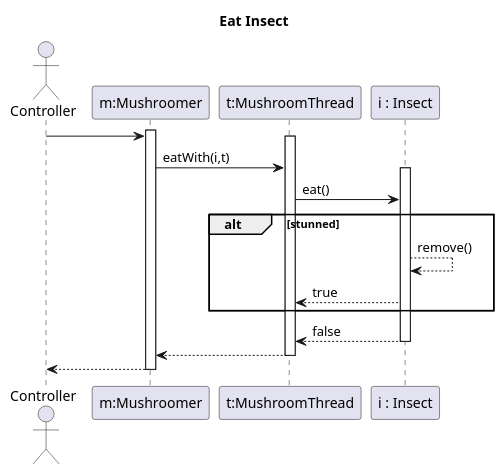
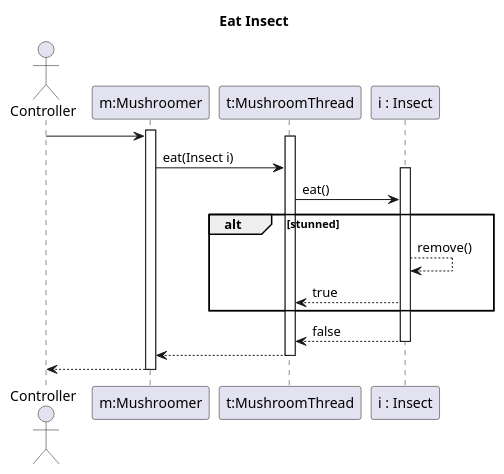
The diagram in 7/sequences/eatInsect.puml (Petya-G/fungorium), drawn with PlantUML before and after one commit. The commit also changed 1 other file, not shown here.

Commit message:
# Split spore diagram finished

```diff
--- a/7/sequences/eatInsect.puml
+++ b/7/sequences/eatInsect.puml
@@ -1,25 +1,25 @@
 @startuml eatInsect
 title Eat Insect
 
 actor Controller
 participant "m:Mushroomer" as M
 participant "t:MushroomThread" as T
 participant "i : Insect" as I
 
 activate M
 Controller-> M
 activate T
-    M->T: eatWith(i,t)
+    M->T: eat(Insect i)
     activate I
         T->I : eat() 
         alt stunned      
             I-->I : remove()  
             I-->T : true  
         end 
         I-->T : false
     deactivate I
     T-->M
 deactivate T
 M-->Controller
 deactivate M
 @enduml
```
